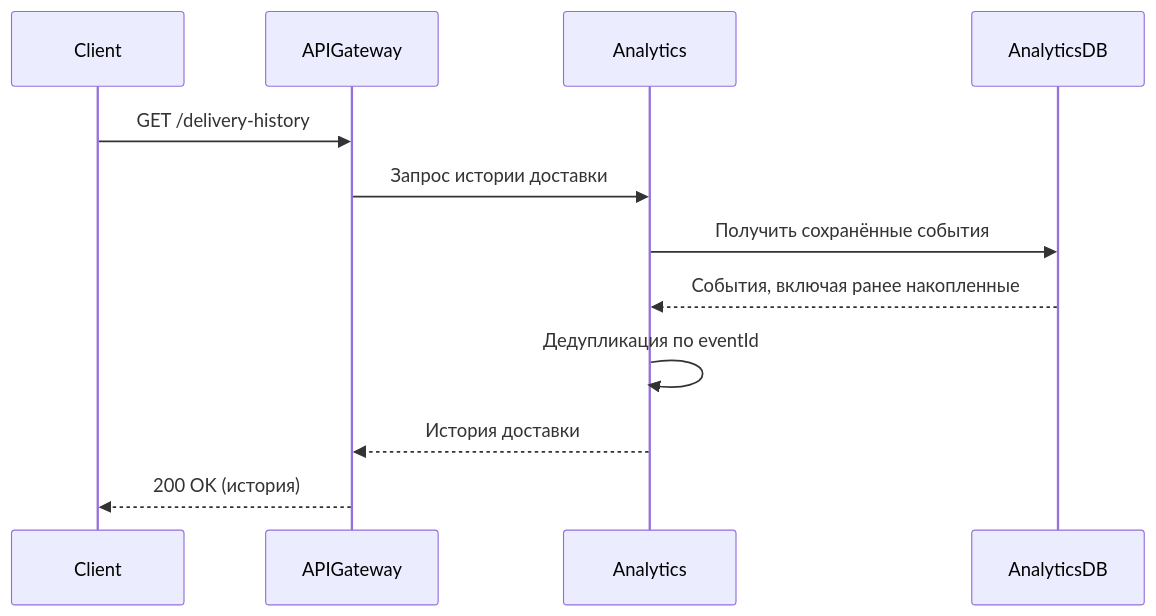
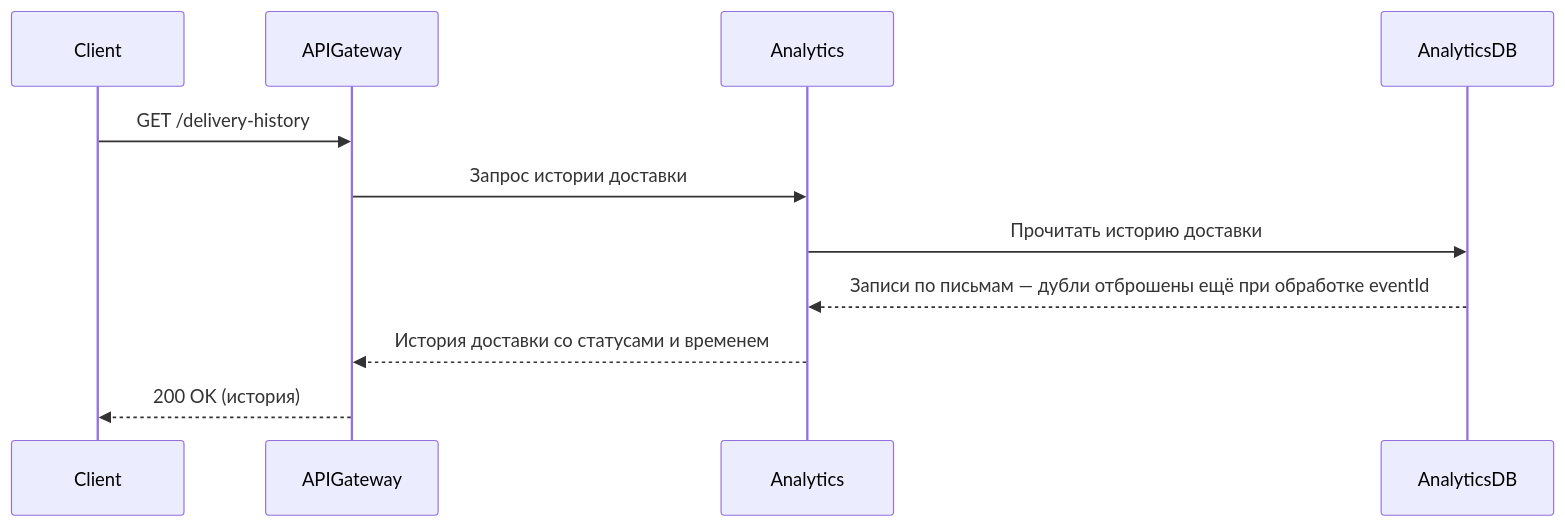
One commit to spbu-ds-practicum-2026/hydrolytes changed the third of 6 diagrams in docs/tr.md. Above: the diagram before and after it, drawn with Mermaid. The commit also changed other lines of this file, not shown here.

````diff
--- a/docs/tr.md
+++ b/docs/tr.md
@@ -258,15 +354,14 @@
 ```mermaid
 sequenceDiagram
   participant Client
   participant APIGateway
   participant Analytics
   participant AnalyticsDB
 
   Client->>APIGateway: GET /delivery-history
   APIGateway->>Analytics: Запрос истории доставки
-  Analytics->>AnalyticsDB: Получить сохранённые события
-  AnalyticsDB-->>Analytics: События, включая ранее накопленные
-  Analytics->>Analytics: Дедупликация по eventId
-  Analytics-->>APIGateway: История доставки
+  Analytics->>AnalyticsDB: Прочитать историю доставки
+  AnalyticsDB-->>Analytics: Записи по письмам — дубли отброшены ещё при обработке eventId
+  Analytics-->>APIGateway: История доставки со статусами и временем
   APIGateway-->>Client: 200 OK (история)
 ```
````
